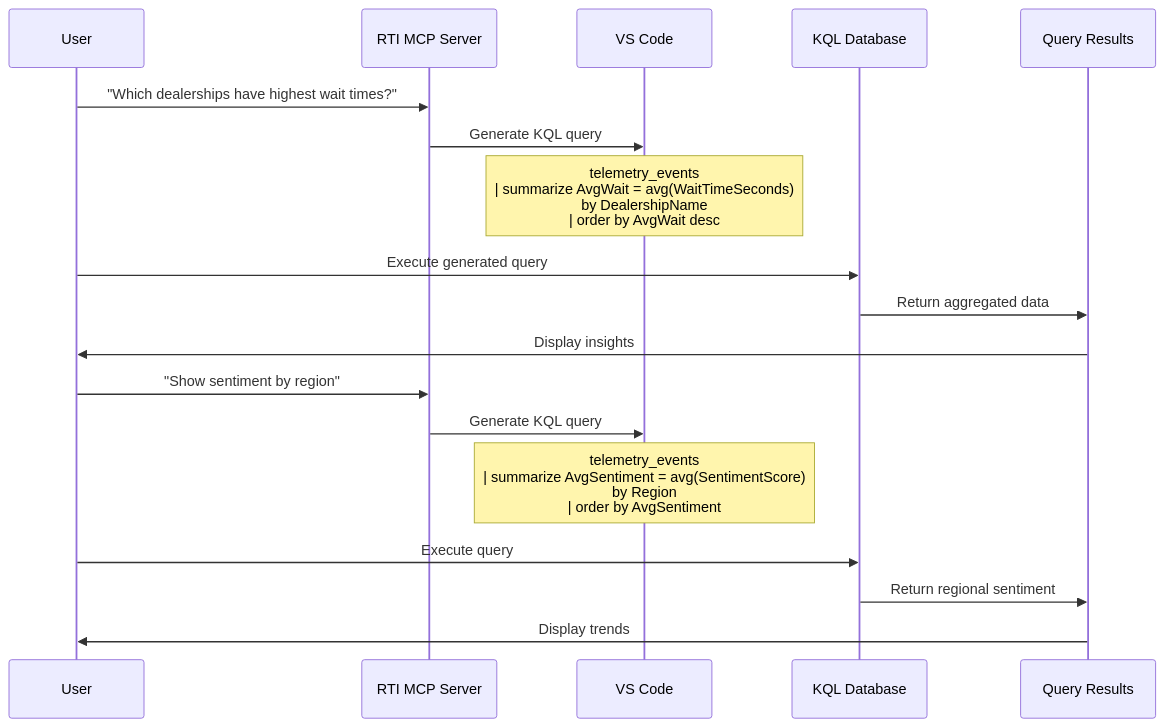
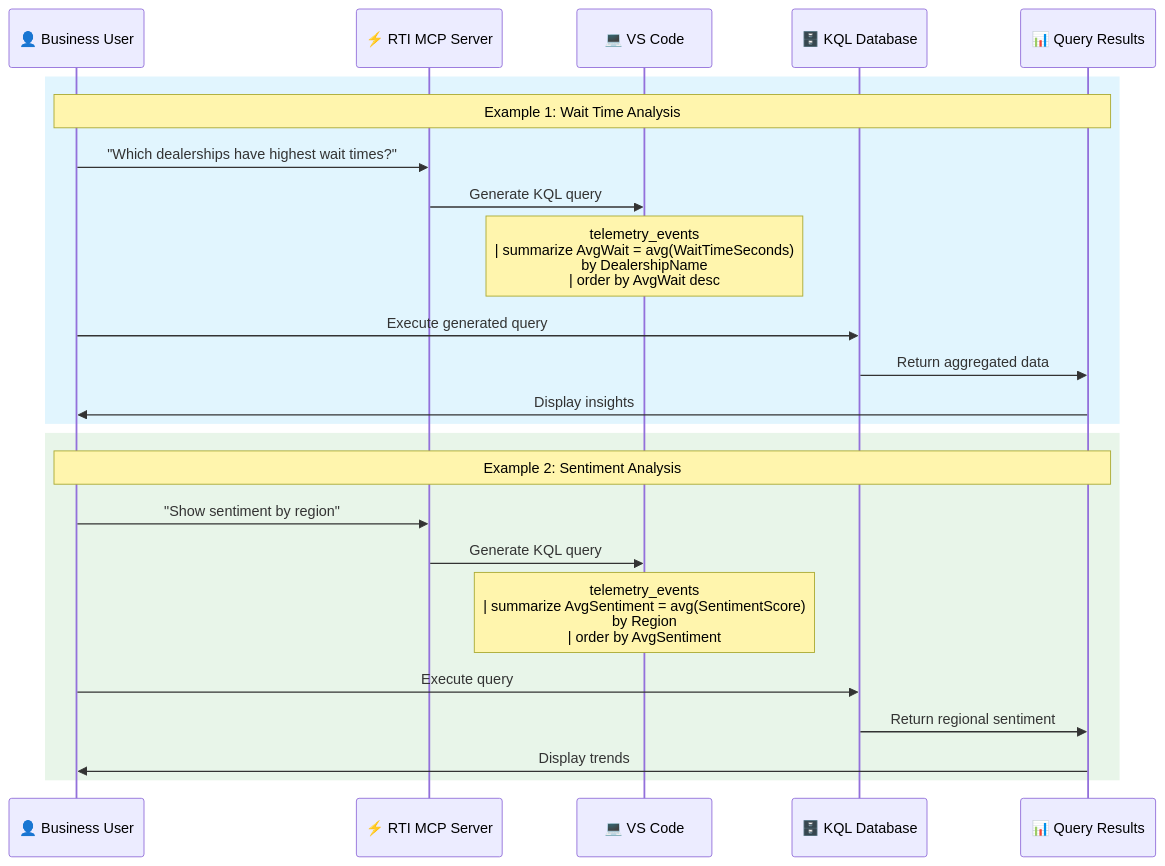
The second of 4 diagrams in 02-Architecture/Lab-02-Architecture.md (shantha05/2026-SQL-Saturday-Atlanta-AI-BI-PreCon), drawn with Mermaid before and after one commit. The commit also changed other lines of this file and 2 other files, not shown here.

Commit message:
Updated Architecture Diagrams

````diff
--- a/02-Architecture/Lab-02-Architecture.md
+++ b/02-Architecture/Lab-02-Architecture.md
@@ -75,22 +98,28 @@
 ```mermaid
 sequenceDiagram
-    participant User
-    participant MCP as RTI MCP Server
-    participant VSCode as VS Code
-    participant KQL as KQL Database
-    participant Results as Query Results
+    participant User as 👤 Business User
+    participant MCP as ⚡ RTI MCP Server
+    participant VSCode as 💻 VS Code
+    participant KQL as 🗄️ KQL Database
+    participant Results as 📊 Query Results
 
-    User->>MCP: "Which dealerships have highest wait times?"
-    MCP->>VSCode: Generate KQL query
-    Note over VSCode: telemetry_events<br/>| summarize AvgWait = avg(WaitTimeSeconds)<br/>  by DealershipName<br/>| order by AvgWait desc
-    User->>KQL: Execute generated query
-    KQL->>Results: Return aggregated data
-    Results->>User: Display insights
+    rect rgb(225, 245, 254)
+        Note over User,Results: Example 1: Wait Time Analysis
+        User->>MCP: "Which dealerships have highest wait times?"
+        MCP->>VSCode: Generate KQL query
+        Note over VSCode: telemetry_events<br/>| summarize AvgWait = avg(WaitTimeSeconds)<br/>  by DealershipName<br/>| order by AvgWait desc
+        User->>KQL: Execute generated query
+        KQL->>Results: Return aggregated data
+        Results->>User: Display insights
+    end
 
-    User->>MCP: "Show sentiment by region"
-    MCP->>VSCode: Generate KQL query
-    Note over VSCode: telemetry_events<br/>| summarize AvgSentiment = avg(SentimentScore)<br/>  by Region<br/>| order by AvgSentiment
-    User->>KQL: Execute query
-    KQL->>Results: Return regional sentiment
-    Results->>User: Display trends
+    rect rgb(232, 245, 233)
+        Note over User,Results: Example 2: Sentiment Analysis
+        User->>MCP: "Show sentiment by region"
+        MCP->>VSCode: Generate KQL query
+        Note over VSCode: telemetry_events<br/>| summarize AvgSentiment = avg(SentimentScore)<br/>  by Region<br/>| order by AvgSentiment
+        User->>KQL: Execute query
+        KQL->>Results: Return regional sentiment
+        Results->>User: Display trends
+    end
 ```
````
